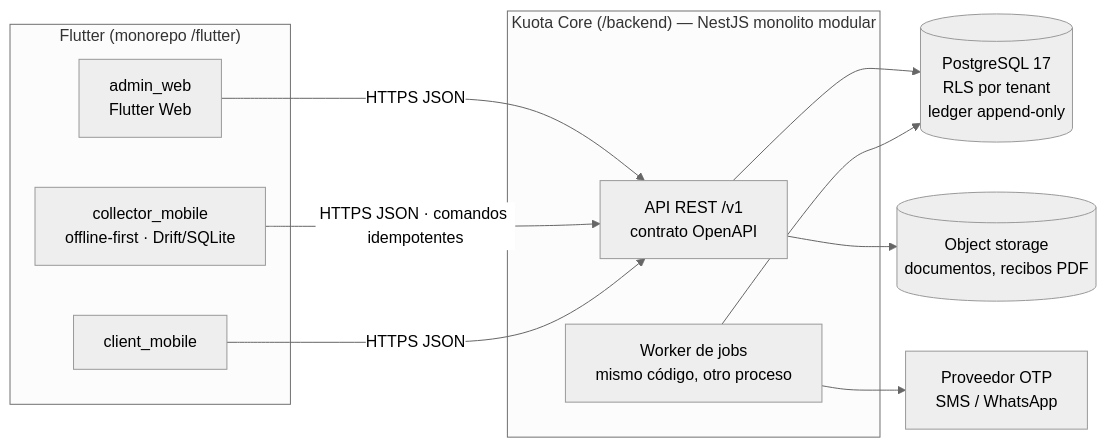
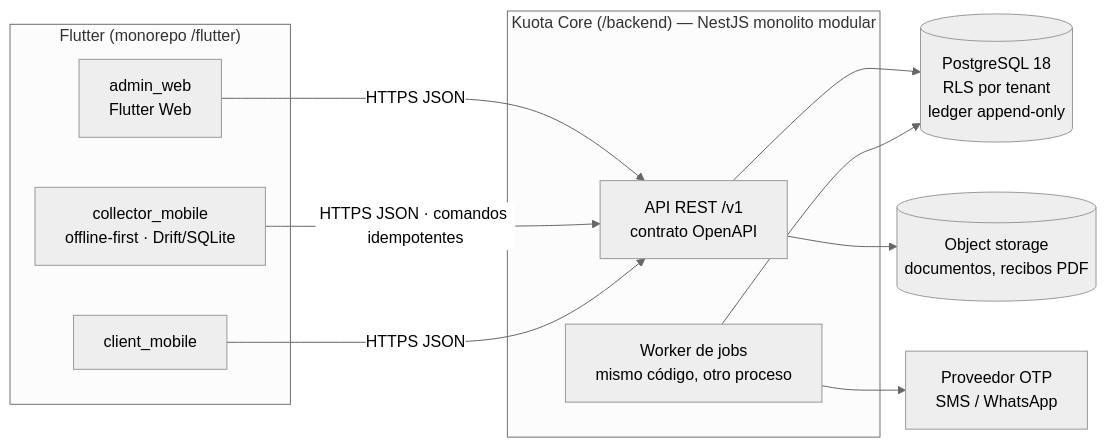
Before and after one commit to aguila486/kuota-platform: the diagram in docs/architecture/overview.md, drawn with Mermaid (neutral theme). The commit also changed other lines of this file and 17 other files, not shown here.

````diff
--- a/docs/architecture/overview.md
+++ b/docs/architecture/overview.md
@@ -31,23 +31,23 @@
 ```mermaid
 flowchart LR
     subgraph Apps["Flutter (monorepo /flutter)"]
         A[admin_web<br/>Flutter Web]
         C[collector_mobile<br/>offline-first · Drift/SQLite]
         K[client_mobile]
     end
     subgraph Core["Kuota Core (/backend) — NestJS monolito modular"]
         API[API REST /v1<br/>contrato OpenAPI]
         W[Worker de jobs<br/>mismo código, otro proceso]
     end
-    DB[(PostgreSQL 17<br/>RLS por tenant<br/>ledger append-only)]
+    DB[(PostgreSQL 18<br/>RLS por tenant<br/>ledger append-only)]
     OBJ[(Object storage<br/>documentos, recibos PDF)]
     OTP[Proveedor OTP<br/>SMS / WhatsApp]
 
     A -- HTTPS JSON --> API
     C -- HTTPS JSON · comandos idempotentes --> API
     K -- HTTPS JSON --> API
     API --> DB
     W --> DB
     API --> OBJ
     W --> OTP
 ```
````
